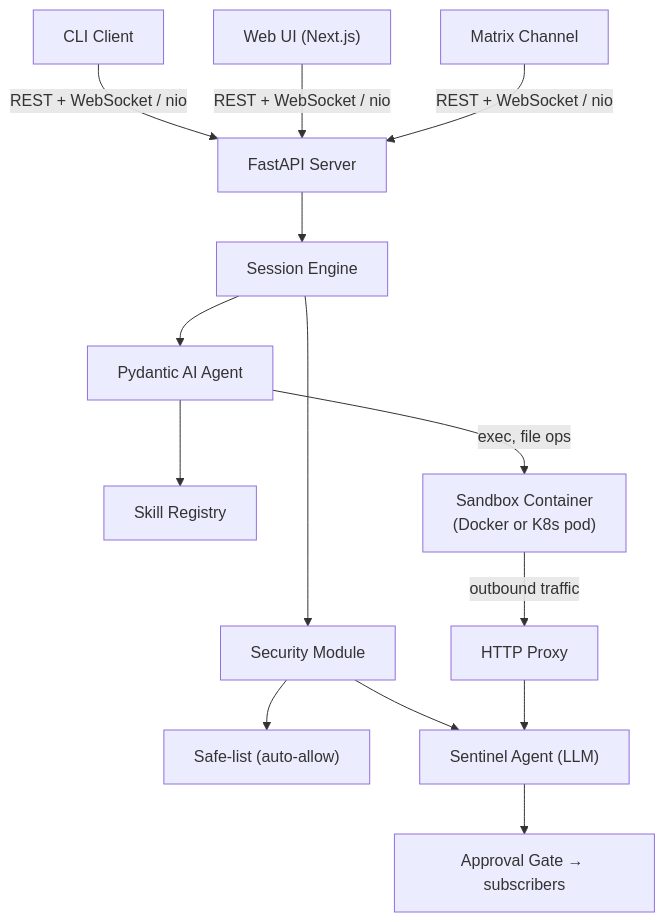
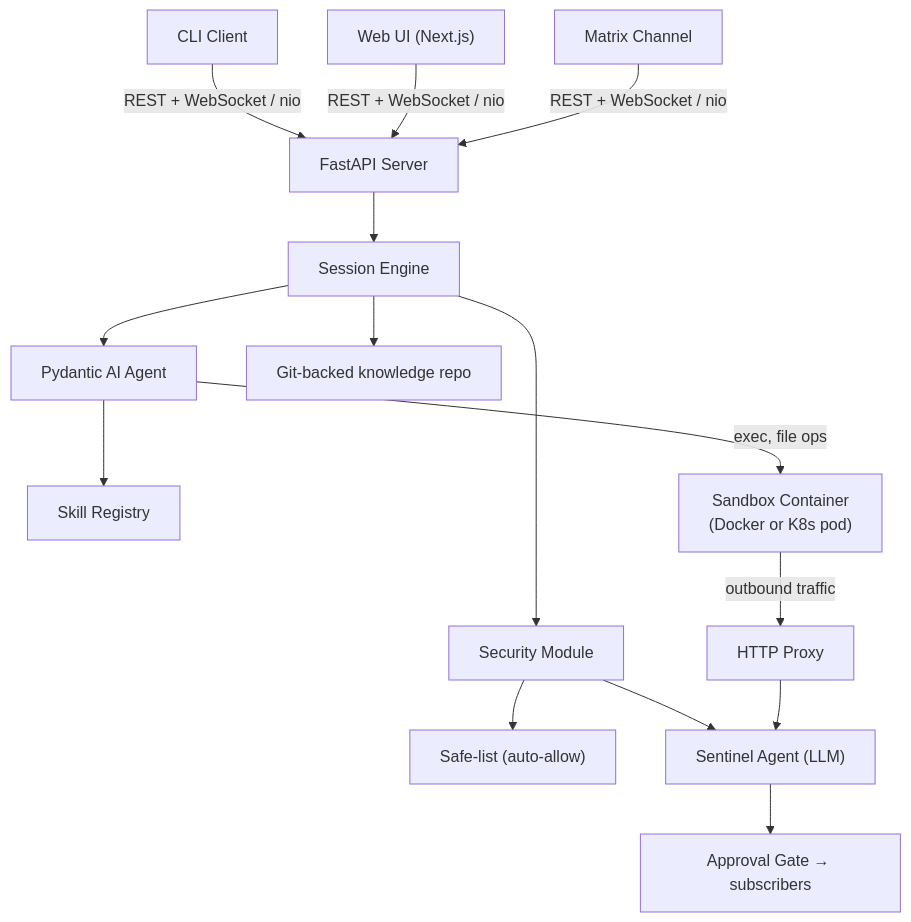
The diagram in README.md (thiesgerken/carapace), drawn with Mermaid before and after one commit. The commit also changed other lines of this file and 1 other file, not shown here.

````diff
--- a/README.md
+++ b/README.md
@@ -99,17 +93,18 @@
 ```mermaid
 flowchart TD
     CLI["CLI Client"] & WebUI["Web UI (Next.js)"] & Matrix["Matrix Channel"]
     CLI & WebUI & Matrix -->|"REST + WebSocket / nio"| Server["FastAPI Server"]
 
     Server --> Engine[Session Engine]
     Engine --> Agent[Pydantic AI Agent]
     Engine --> Security[Security Module]
     Security --> SafeList["Safe-list (auto-allow)"]
     Security --> Sentinel["Sentinel Agent (LLM)"]
     Sentinel --> Gate["Approval Gate → subscribers"]
 
     Agent --> Skills[Skill Registry]
     Agent -->|"exec, file ops"| Sandbox["Sandbox Container\n(Docker or K8s pod)"]
     Sandbox -->|"outbound traffic"| Proxy[HTTP Proxy]
     Proxy --> Sentinel
+    Engine --> Knowledge["Git-backed knowledge repo"]
 ```
````
